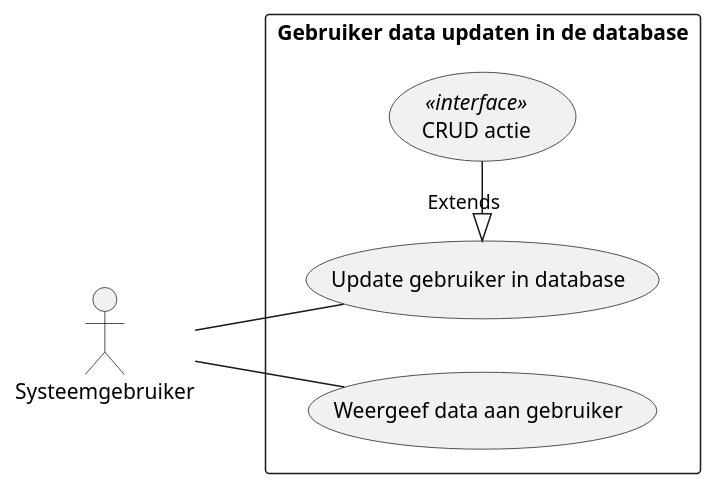
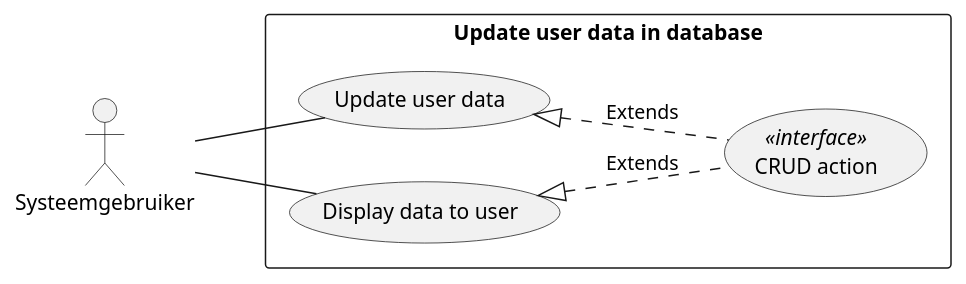
Before and after one commit to dannypas00/bouw7-uml: the diagram in Scenarios/ExampleUseCase.plantuml, drawn with PlantUML. The commit also changed 18 other files, not shown here.

```diff
--- a/Scenarios/ExampleUseCase.plantuml
+++ b/Scenarios/ExampleUseCase.plantuml
@@ -1,15 +1,16 @@
 @startuml usecase
 left to right direction
 
-rectangle "Gebruiker data updaten in de database" {
-    usecase interaction as "Update gebruiker in database"
-    usecase crud as "CRUD actie" <<interface>>
-    interaction <|- crud : Extends
-    usecase display as "Weergeef data aan gebruiker"
+rectangle "Update user data in database" {
+    usecase interaction as "Update user data"
+    usecase crud as "CRUD action" <<interface>>
+    interaction <|.. crud : Extends
+    usecase display as "Display data to user"
+    display <|.. crud: Extends
 }
 
 actor User as "Systeemgebruiker"
 
 display -- User
 User -- interaction
 @enduml
```
